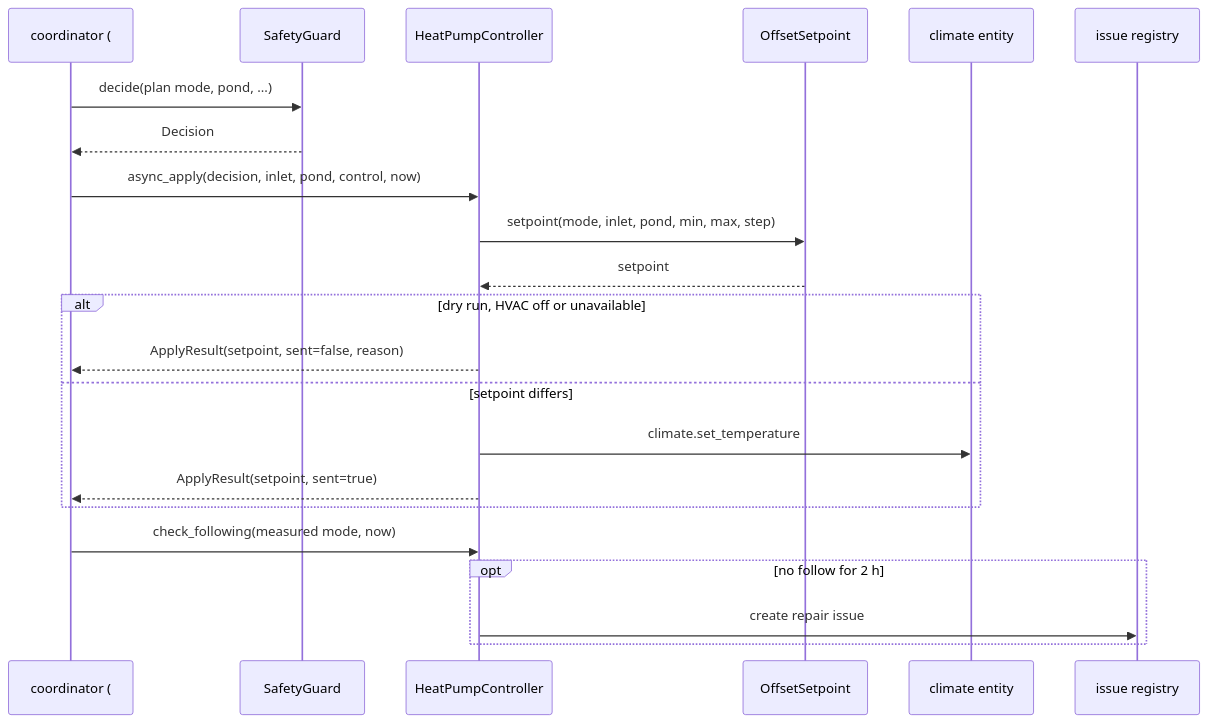
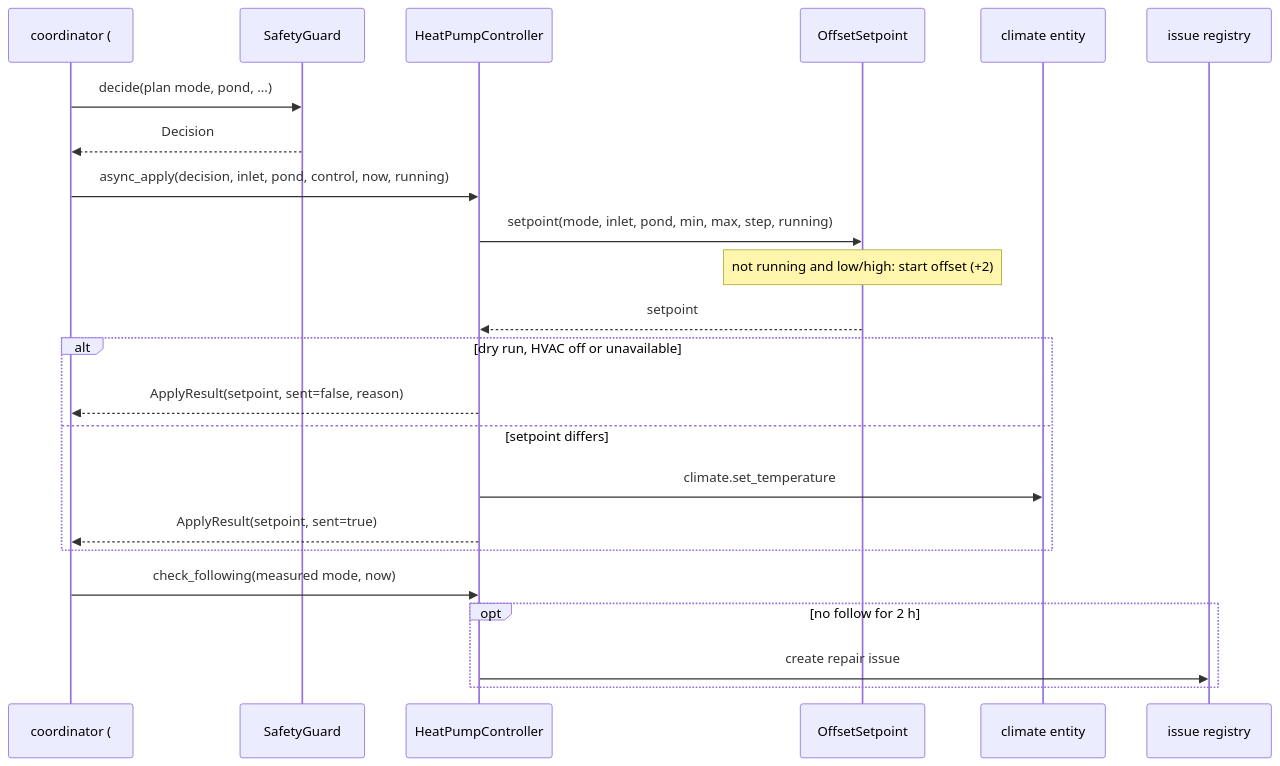
Diagram 15 of 24 in docs/architecture.md (abroeders/pond-heatpump-price-planner), drawn with Mermaid before and after one commit. The commit also changed other lines of this file and 3 other files, not shown here.

Commit message:
docs: start offset in the configuration, control design and architecture (#24)

````diff
--- a/docs/architecture.md
+++ b/docs/architecture.md
@@ -615,24 +615,25 @@
 ```mermaid
 sequenceDiagram
     participant Co as coordinator (#5)
     participant Guard as SafetyGuard
     participant Ctl as HeatPumpController
     participant SP as OffsetSetpoint
     participant HP as climate entity
     participant IR as issue registry
     Co->>Guard: decide(plan mode, pond, ...)
     Guard-->>Co: Decision
-    Co->>Ctl: async_apply(decision, inlet, pond, control, now)
-    Ctl->>SP: setpoint(mode, inlet, pond, min, max, step)
+    Co->>Ctl: async_apply(decision, inlet, pond, control, now, running)
+    Ctl->>SP: setpoint(mode, inlet, pond, min, max, step, running)
+    Note over SP: not running and low/high: start offset (+2)
     SP-->>Ctl: setpoint
     alt dry run, HVAC off or unavailable
         Ctl-->>Co: ApplyResult(setpoint, sent=false, reason)
     else setpoint differs
         Ctl->>HP: climate.set_temperature
         Ctl-->>Co: ApplyResult(setpoint, sent=true)
     end
     Co->>Ctl: check_following(measured mode, now)
     opt no follow for 2 h
         Ctl->>IR: create repair issue
     end
 ```
````
